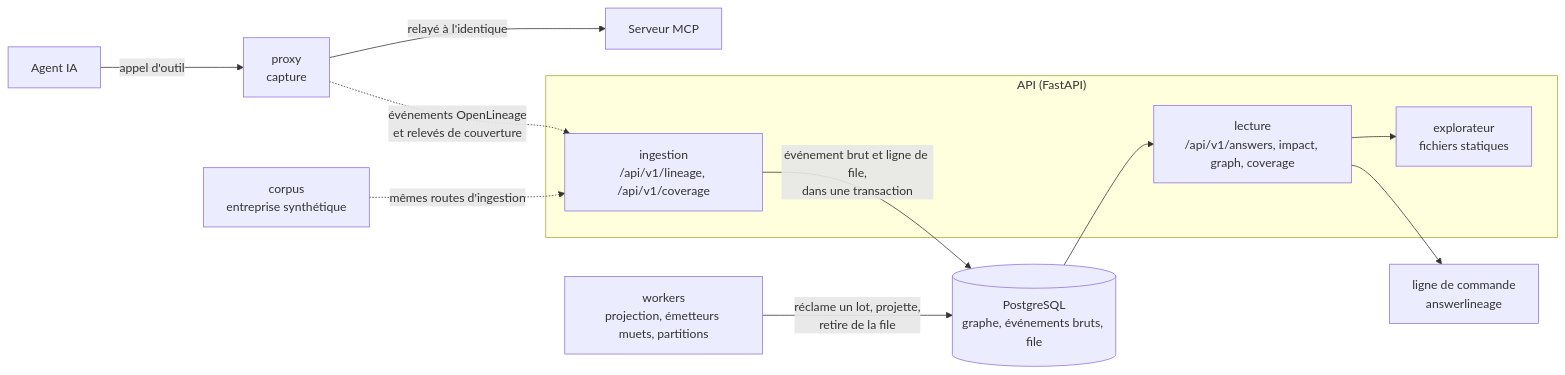
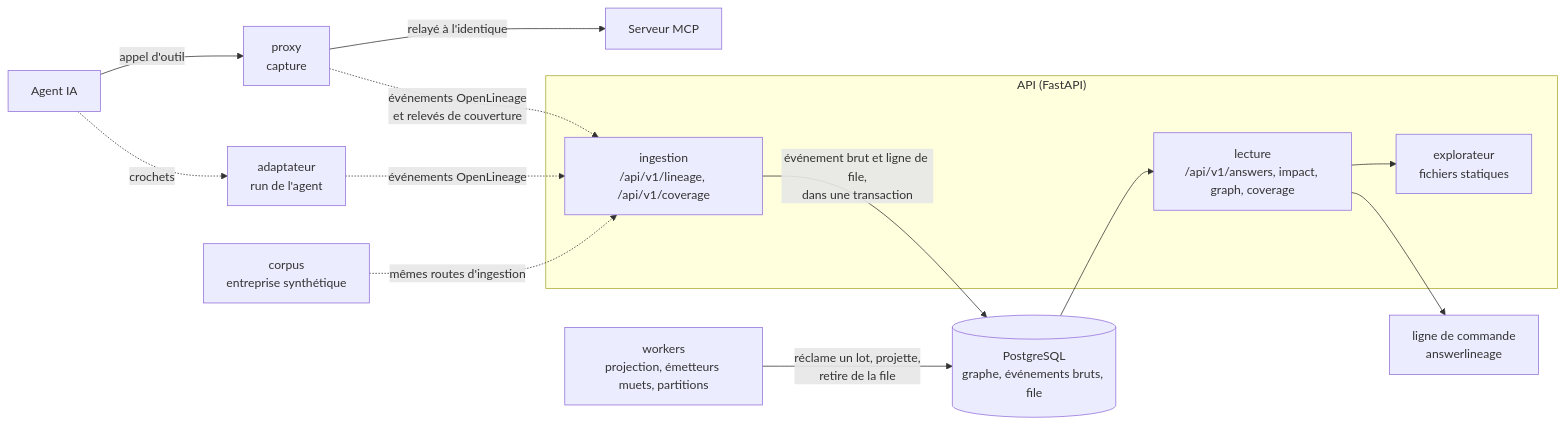
Before and after one commit to alebgl77/AnswerLineage: the first of 2 diagrams in docs/architecture.md, drawn with Mermaid. The commit also changed other lines of this file and 26 other files, not shown here.

````diff
--- a/docs/architecture.md
+++ b/docs/architecture.md
@@ -5,17 +5,19 @@
 ```mermaid
 flowchart LR
     agent[Agent IA] -->|appel d'outil| proxy["proxy<br/>capture"]
     proxy -->|relayé à l'identique| mcp[Serveur MCP]
     proxy -.->|"événements OpenLineage<br/>et relevés de couverture"| ingest
+    agent -.->|crochets| adaptateur["adaptateur<br/>run de l'agent"]
+    adaptateur -.->|événements OpenLineage| ingest
     subgraph api ["API (FastAPI)"]
         ingest["ingestion<br/>/api/v1/lineage, /api/v1/coverage"]
         lecture["lecture<br/>/api/v1/answers, impact, graph, coverage"]
         explorateur["explorateur<br/>fichiers statiques"]
     end
     ingest -->|"événement brut et ligne de file,<br/>dans une transaction"| pg[("PostgreSQL<br/>graphe, événements bruts, file")]
     worker["workers<br/>projection, émetteurs muets, partitions"] -->|"réclame un lot, projette,<br/>retire de la file"| pg
     pg --> lecture
     lecture --> explorateur
     lecture --> cli["ligne de commande<br/>answerlineage"]
     corpus["corpus<br/>entreprise synthétique"] -.->|mêmes routes d'ingestion| ingest
 ```
````
